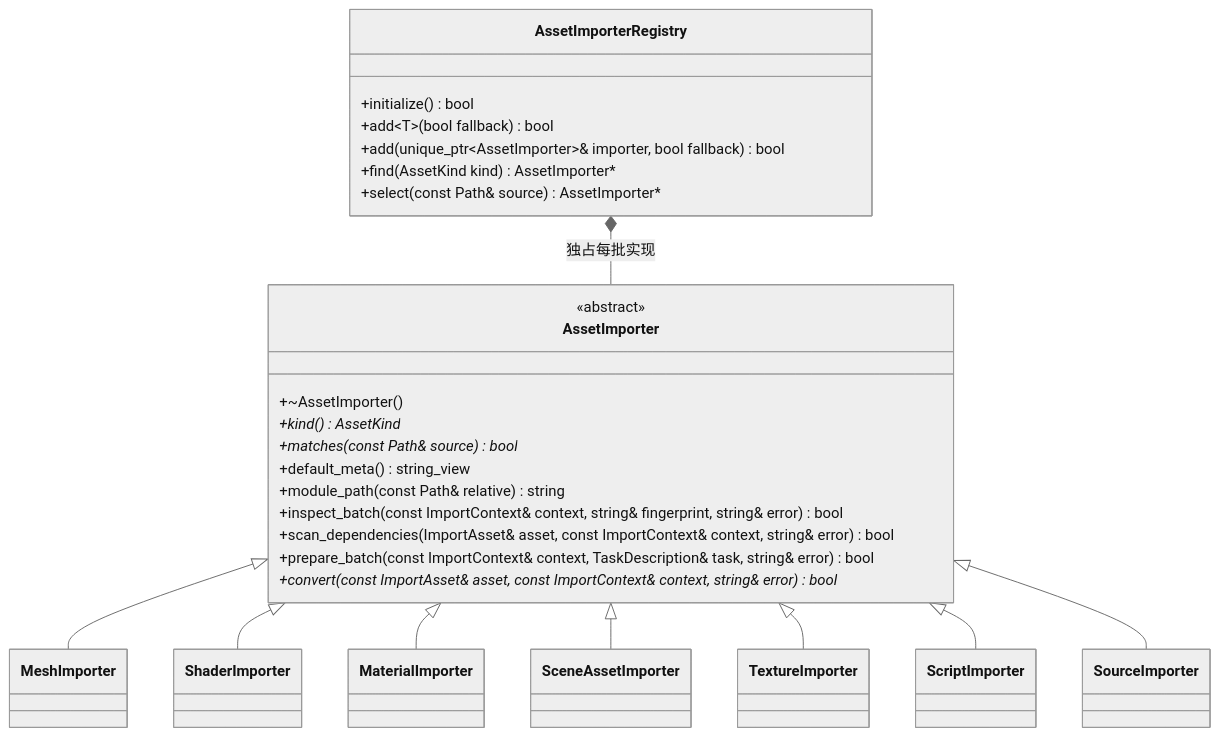
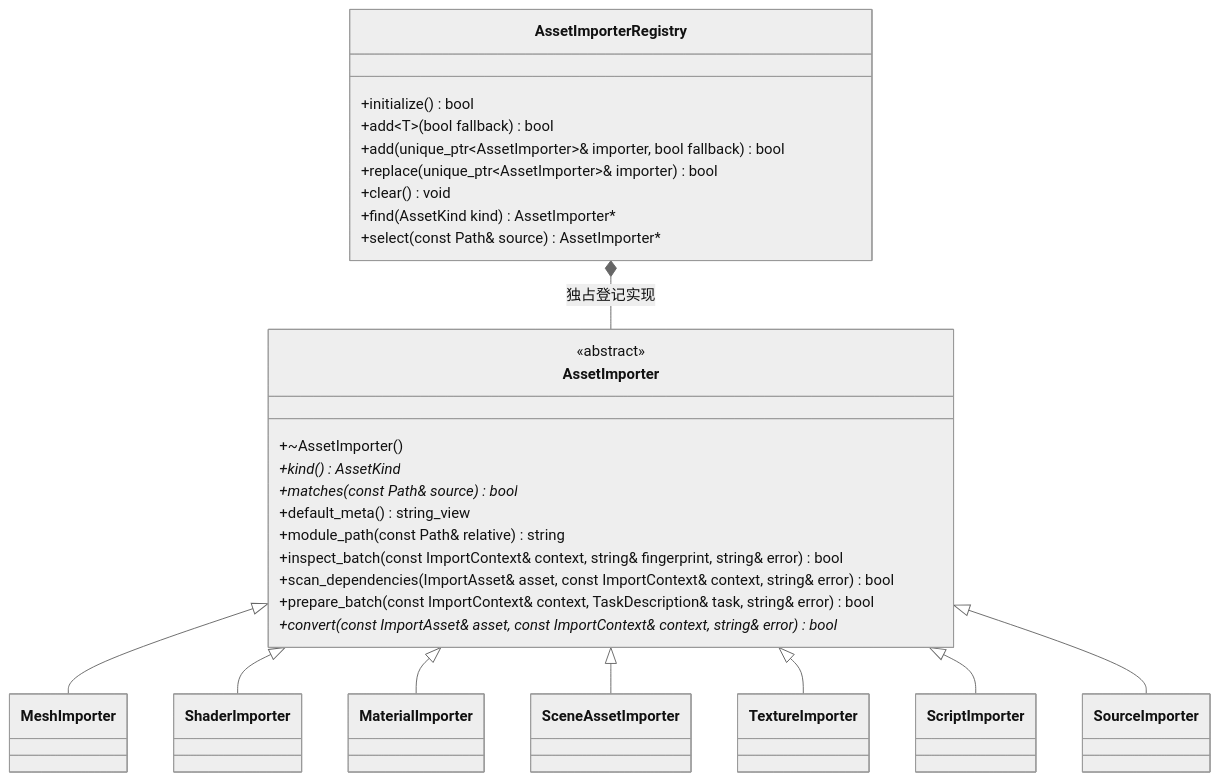
The diagram in docs/editor/class-diagrams/asset-importers.md (lcals/Engine), drawn with Mermaid (neutral theme) before and after one commit. The commit also changed other lines of this file and 199 other files, not shown here.

````diff
--- a/docs/editor/class-diagrams/asset-importers.md
+++ b/docs/editor/class-diagrams/asset-importers.md
@@ -5,37 +5,39 @@
 ```mermaid
 classDiagram
     class AssetImporter {
         <<abstract>>
         +~AssetImporter()
         +kind() AssetKind*
         +matches(const Path& source) bool*
         +default_meta() string_view
         +module_path(const Path& relative) string
         +inspect_batch(const ImportContext& context, string& fingerprint, string& error) bool
         +scan_dependencies(ImportAsset& asset, const ImportContext& context, string& error) bool
         +prepare_batch(const ImportContext& context, TaskDescription& task, string& error) bool
         +convert(const ImportAsset& asset, const ImportContext& context, string& error) bool*
     }
     class AssetImporterRegistry {
         +initialize() bool
         +add~T~(bool fallback) bool
         +add(unique_ptr~AssetImporter~& importer, bool fallback) bool
+        +replace(unique_ptr~AssetImporter~& importer) bool
+        +clear() void
         +find(AssetKind kind) AssetImporter#42;
         +select(const Path& source) AssetImporter#42;
     }
     class MeshImporter
     class ShaderImporter
     class MaterialImporter
     class SceneAssetImporter
     class TextureImporter
     class ScriptImporter
     class SourceImporter
     AssetImporter <|-- MeshImporter
     AssetImporter <|-- ShaderImporter
     AssetImporter <|-- MaterialImporter
     AssetImporter <|-- SceneAssetImporter
     AssetImporter <|-- TextureImporter
     AssetImporter <|-- ScriptImporter
     AssetImporter <|-- SourceImporter
-    AssetImporterRegistry *-- AssetImporter : 独占每批实现
+    AssetImporterRegistry *-- AssetImporter : 独占登记实现
 ```
````
